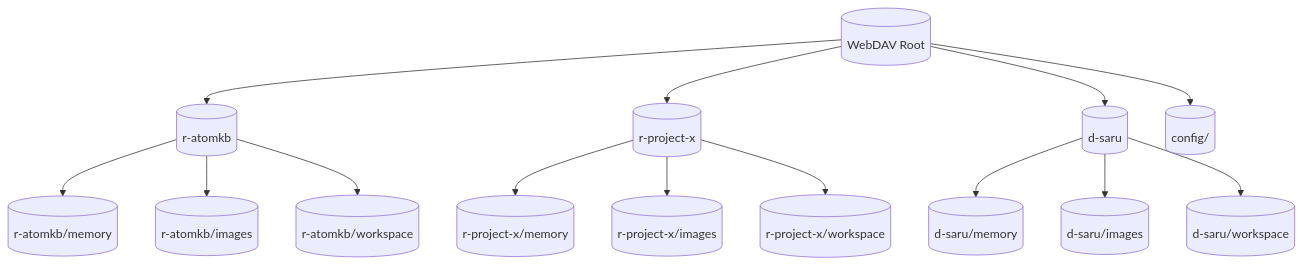
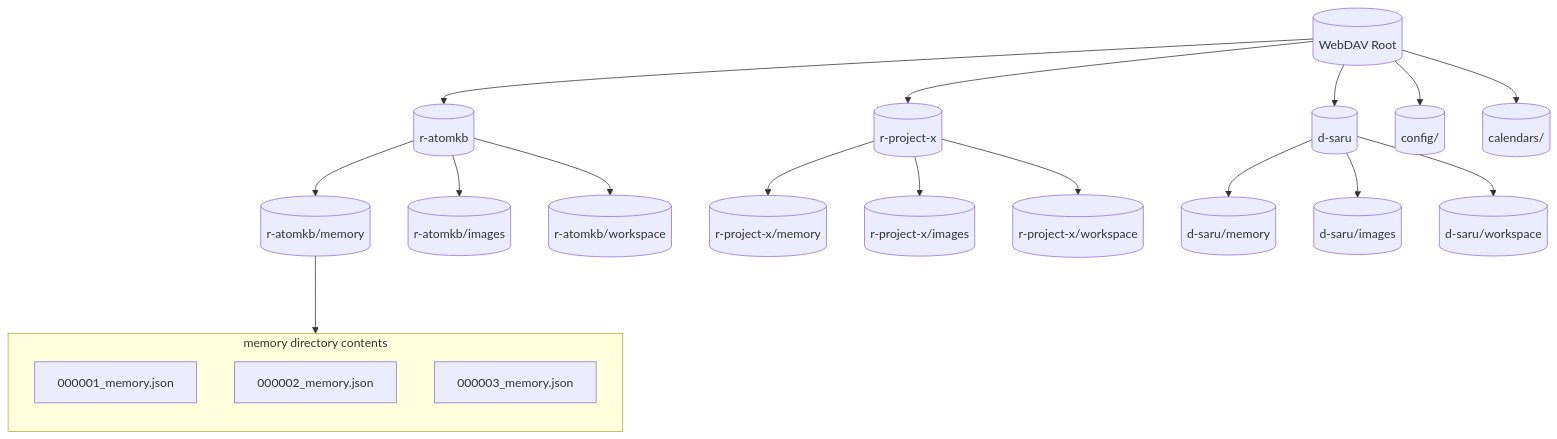
Before and after one commit to cosmoswafer/rockbot: the sixth of 6 diagrams in _dfds/base/webdav.md, drawn with Mermaid. The commit also changed other lines of this file and 1 other file, not shown here.

Commit message:
docs: update DFDs for JSON memory archives and CalDAV support

````diff
--- a/_dfds/base/webdav.md
+++ b/_dfds/base/webdav.md
@@ -131,31 +285,42 @@
 ```mermaid
 flowchart TD
     ROOT[(WebDAV Root)]
     CH_ATOM[(r-atomkb)]
     CH_PROJ[(r-project-x)]
     DM_SARU[(d-saru)]
     MEM_CH_ATOM[(r-atomkb/memory)]
     MEM_CH_PROJ[(r-project-x/memory)]
     MEM_DM_SARU[(d-saru/memory)]
     IMG_CH_ATOM[(r-atomkb/images)]
     IMG_CH_PROJ[(r-project-x/images)]
     IMG_DM_SARU[(d-saru/images)]
     WSP_CH_ATOM[(r-atomkb/workspace)]
     WSP_CH_PROJ[(r-project-x/workspace)]
     WSP_DM_SARU[(d-saru/workspace)]
     CFG_DIR[(config/)]
+    CAL_DIR[(calendars/)]
 
     ROOT --> CH_ATOM
     ROOT --> CH_PROJ
     ROOT --> DM_SARU
     ROOT --> CFG_DIR
+    ROOT --> CAL_DIR
     CH_ATOM --> MEM_CH_ATOM
     CH_ATOM --> IMG_CH_ATOM
     CH_ATOM --> WSP_CH_ATOM
     CH_PROJ --> MEM_CH_PROJ
     CH_PROJ --> IMG_CH_PROJ
     CH_PROJ --> WSP_CH_PROJ
     DM_SARU --> MEM_DM_SARU
     DM_SARU --> IMG_DM_SARU
     DM_SARU --> WSP_DM_SARU
+
+    subgraph JSONFiles["memory directory contents"]
+        direction TB
+        F001["000001_memory.json"]
+        F002["000002_memory.json"]
+        F003["000003_memory.json"]
+    end
+
+    MEM_CH_ATOM ---> JSONFiles
 ```
````
